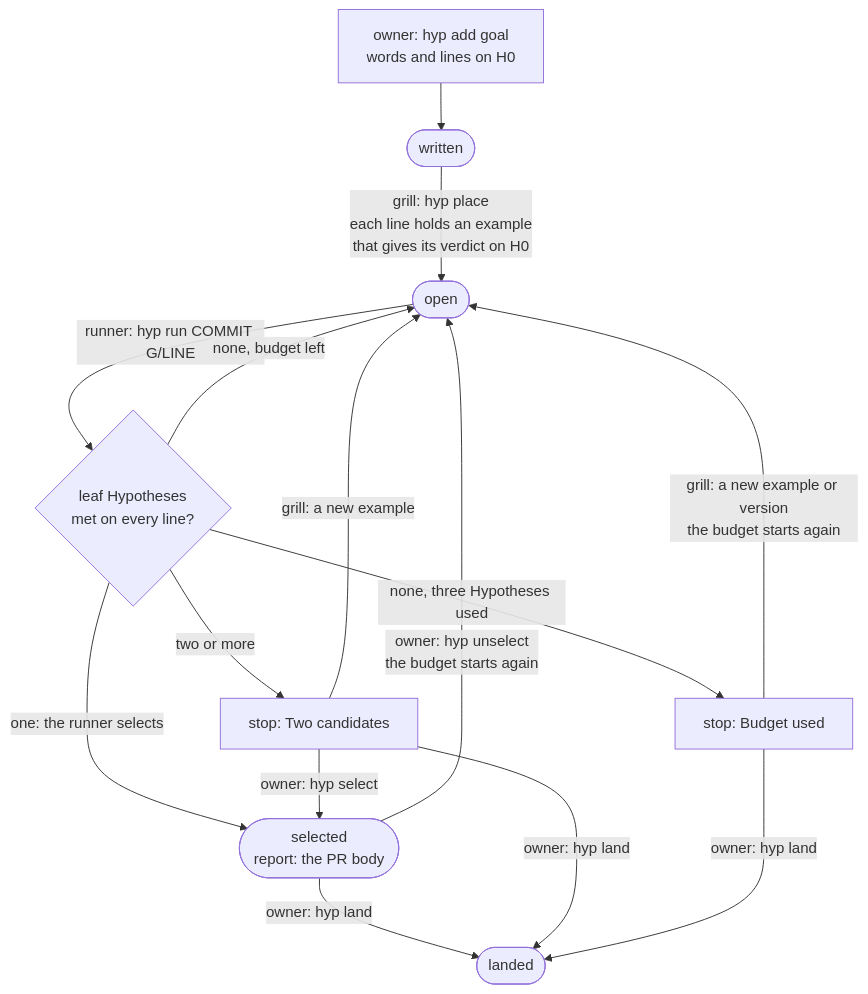
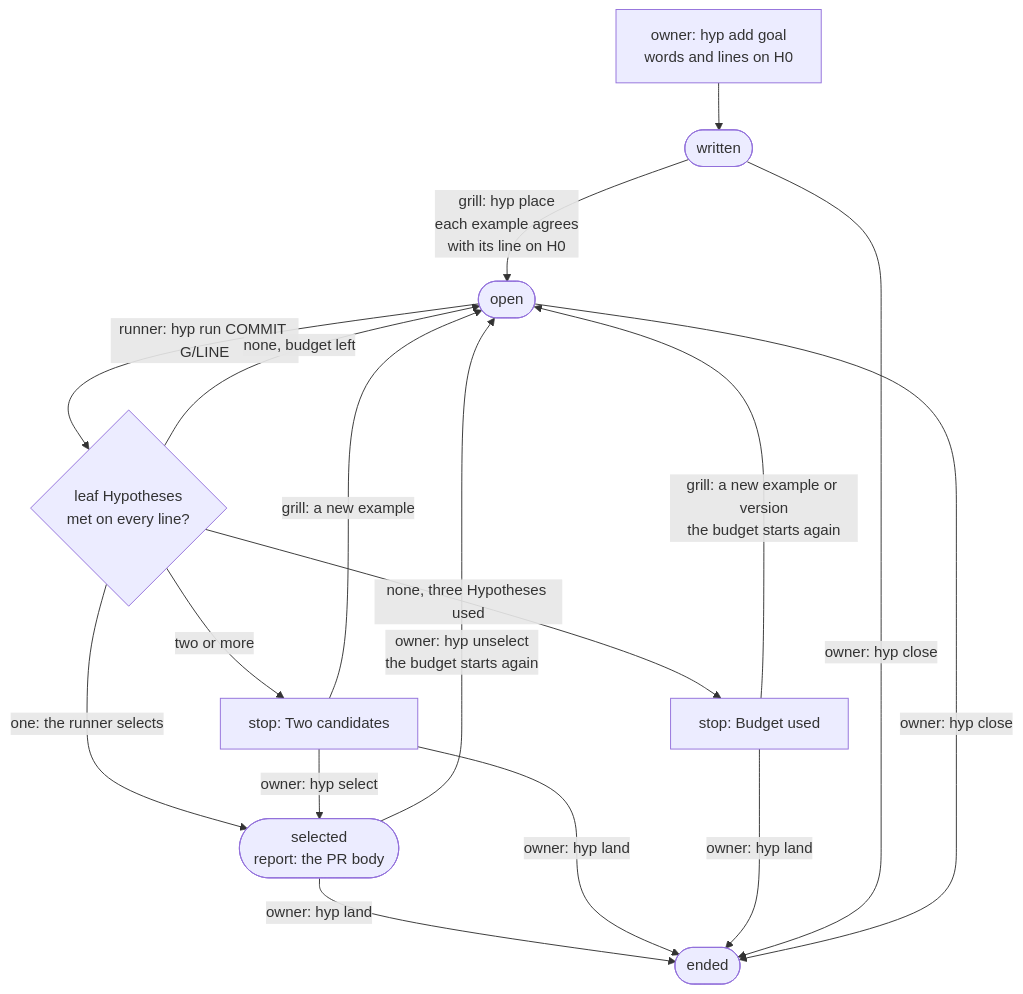
The second of 2 diagrams in README.md (dat9uy/hyp), drawn with Mermaid before and after one commit. The commit also changed other lines of this file, not shown here.

````diff
--- a/README.md
+++ b/README.md
@@ -93,17 +146,19 @@
 ```mermaid
 flowchart TD
   A["owner: hyp add goal<br/>words and lines on H0"] --> W(["written"])
-  W -- "grill: hyp place<br/>each line holds an example<br/>that gives its verdict on H0" --> O(["open"])
+  W -- "grill: hyp place<br/>each example agrees<br/>with its line on H0" --> O(["open"])
   O -- "runner: hyp run COMMIT G/LINE" --> C{"leaf Hypotheses<br/>met on every line?"}
   C -- "none, budget left" --> O
   C -- "one: the runner selects" --> S(["selected<br/>report: the PR body"])
   C -- "two or more" --> T["stop: Two candidates"]
   C -- "none, three Hypotheses used" --> B["stop: Budget used"]
   T -- "owner: hyp select" --> S
   T -- "grill: a new example" --> O
   B -- "grill: a new example or version<br/>the budget starts again" --> O
   S -- "owner: hyp unselect<br/>the budget starts again" --> O
-  S -- "owner: hyp land" --> L(["landed"])
-  T -- "owner: hyp land" --> L
-  B -- "owner: hyp land" --> L
+  S -- "owner: hyp land" --> E(["ended"])
+  T -- "owner: hyp land" --> E
+  B -- "owner: hyp land" --> E
+  W -- "owner: hyp close" --> E
+  O -- "owner: hyp close" --> E
 ```
````
